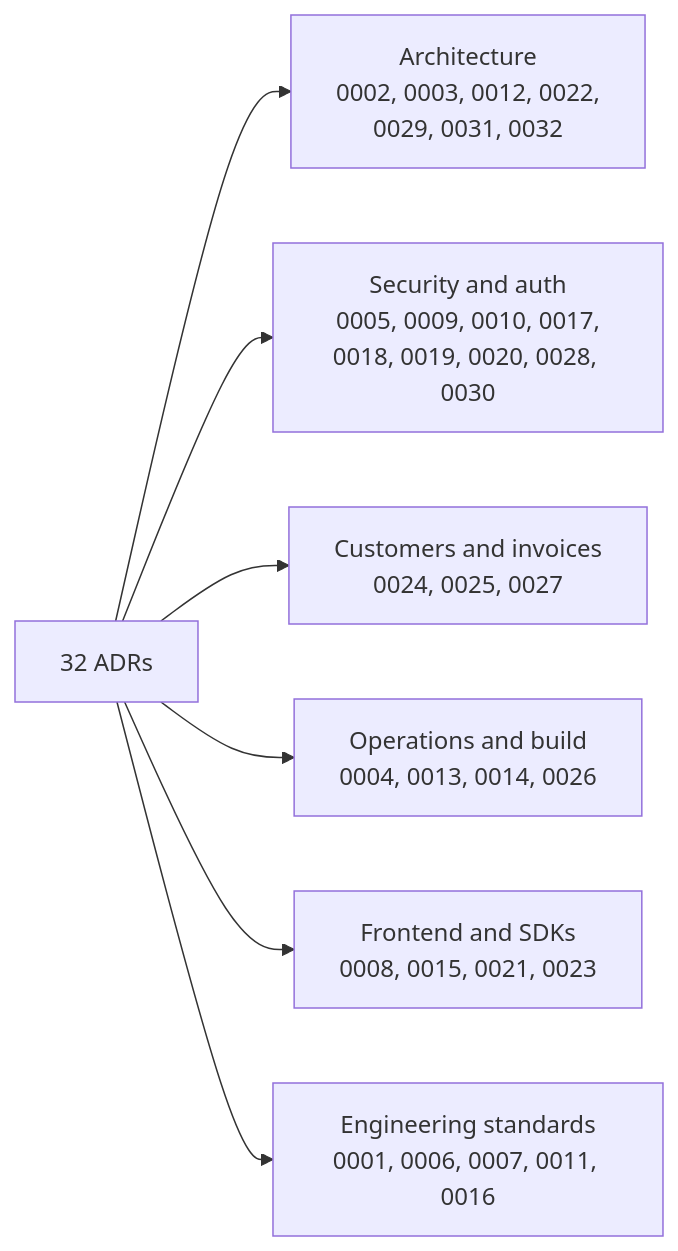
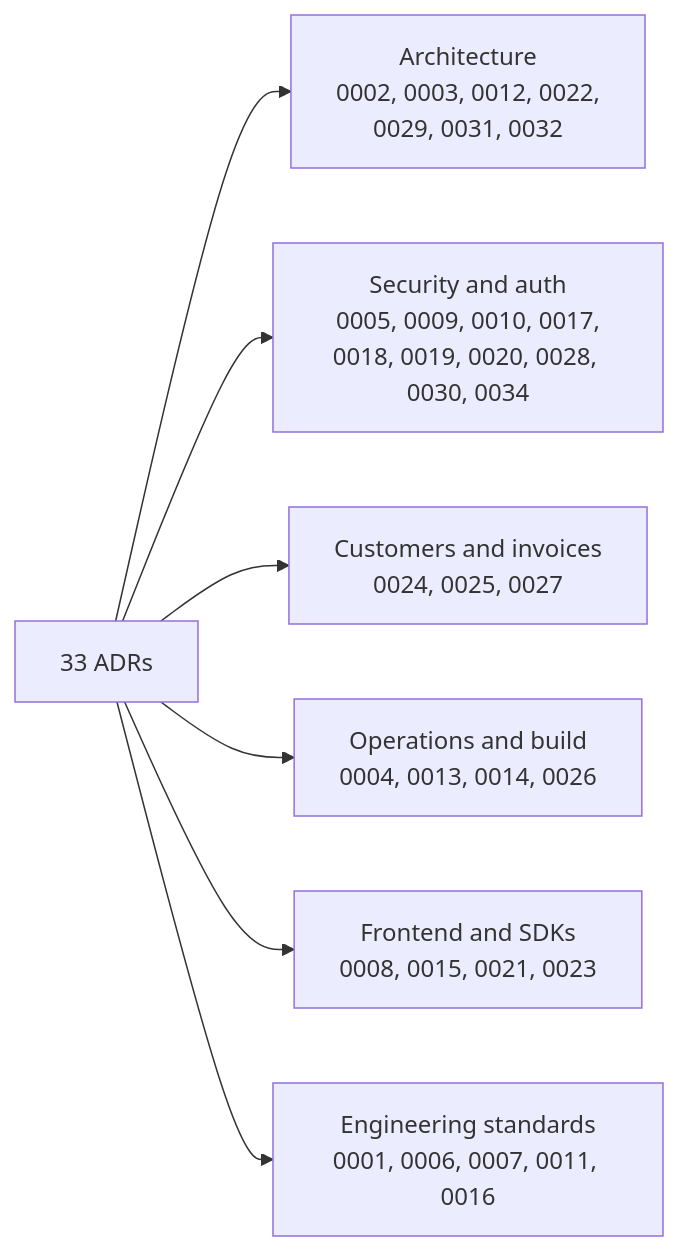
The first of 2 diagrams in docs/guide/decisions.md (vaam-apps/vpay-docs), drawn with Mermaid before and after one commit. The commit also changed other lines of this file and 13 other files, not shown here.

````diff
--- a/docs/guide/decisions.md
+++ b/docs/guide/decisions.md
@@ -76,9 +78,9 @@
 ```mermaid
 flowchart LR
-    ADR["32 ADRs"] --> A["Architecture<br/>0002, 0003, 0012, 0022,<br/>0029, 0031, 0032"]
-    ADR --> S["Security and auth<br/>0005, 0009, 0010, 0017,<br/>0018, 0019, 0020, 0028, 0030"]
+    ADR["33 ADRs"] --> A["Architecture<br/>0002, 0003, 0012, 0022,<br/>0029, 0031, 0032"]
+    ADR --> S["Security and auth<br/>0005, 0009, 0010, 0017,<br/>0018, 0019, 0020, 0028, 0030, 0034"]
     ADR --> C["Customers and invoices<br/>0024, 0025, 0027"]
     ADR --> O["Operations and build<br/>0004, 0013, 0014, 0026"]
     ADR --> F["Frontend and SDKs<br/>0008, 0015, 0021, 0023"]
     ADR --> E["Engineering standards<br/>0001, 0006, 0007, 0011, 0016"]
 ```
````
